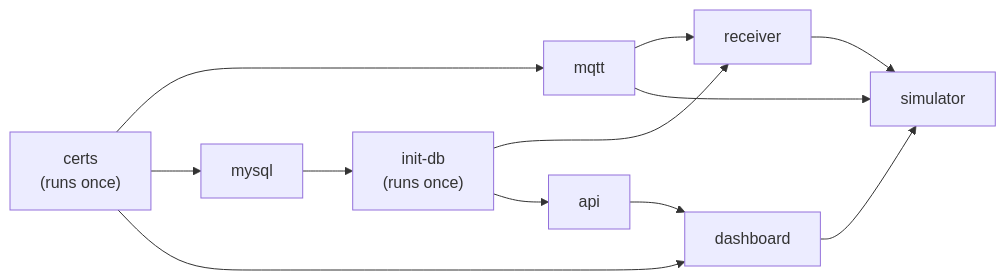
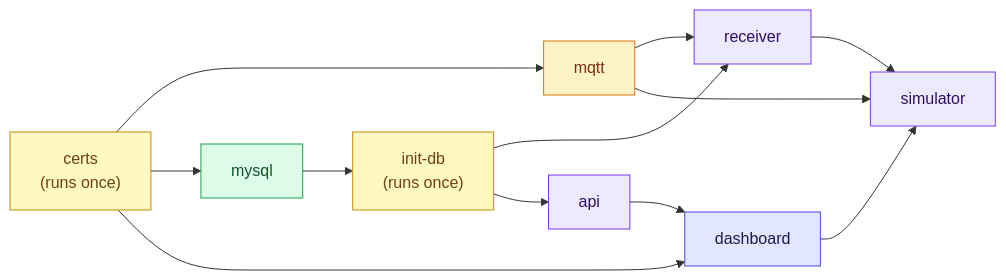
One commit to Arshaduzzaman3620/smart-iot-qa-platform changed the fifth of 5 diagrams in docs/architecture/architecture.md. Above: the diagram before and after it, drawn with Mermaid. The commit also changed other lines of this file and 1 other file, not shown here.

First line of the commit message:
docs: professional, recruiter-friendly README and styled architecture diagrams

````diff
--- a/docs/architecture/architecture.md
+++ b/docs/architecture/architecture.md
@@ -161,9 +189,20 @@
 ```mermaid
 flowchart LR
     certs["certs<br/>(runs once)"] --> mqtt & mysql & dashboard
     mysql --> initdb["init-db<br/>(runs once)"]
     initdb --> receiver & api
     mqtt --> receiver
     api --> dashboard
     mqtt & receiver & dashboard --> simulator
+
+    classDef oneshot fill:#fef9c3,stroke:#ca8a04,stroke-width:1px,color:#713f12;
+    classDef svc fill:#ede9fe,stroke:#7c3aed,stroke-width:1px,color:#2e1065;
+    classDef store fill:#dcfce7,stroke:#16a34a,stroke-width:1px,color:#14532d;
+    classDef broker fill:#fef3c7,stroke:#d97706,stroke-width:1px,color:#7c2d12;
+    classDef edge fill:#e0e7ff,stroke:#4f46e5,stroke-width:1px,color:#1e1b4b;
+    class certs,initdb oneshot;
+    class mysql store;
+    class mqtt broker;
+    class dashboard edge;
+    class receiver,api,simulator svc;
 ```
````
